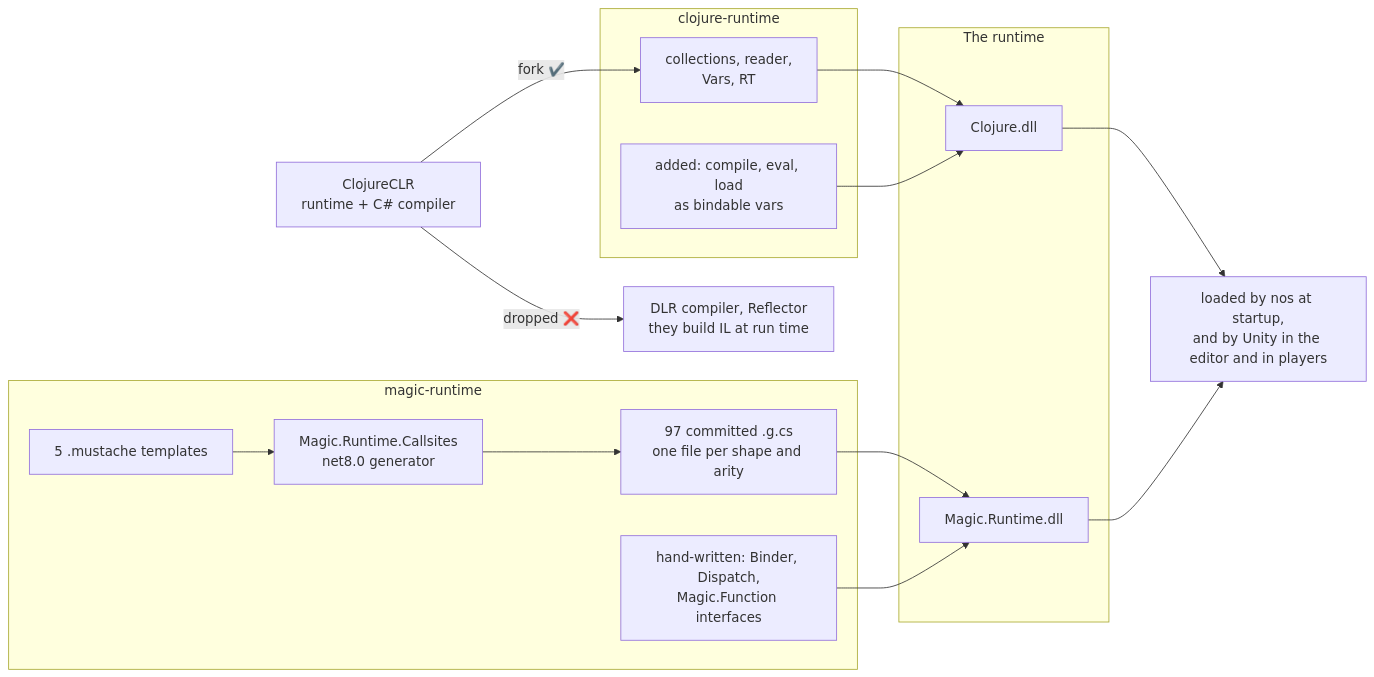
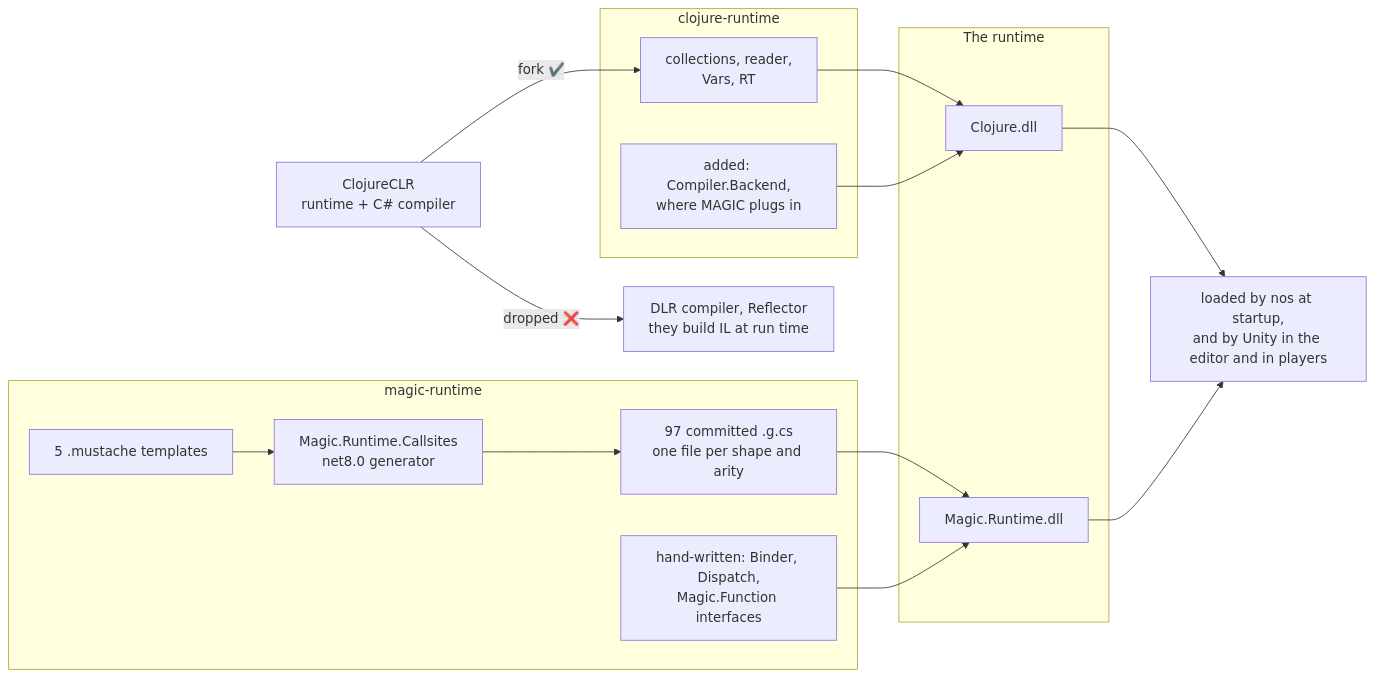
Before and after one commit to flybot-sg/magic: the second of 5 diagrams in docs/architecture.md, drawn with Mermaid. The commit also changed other lines of this file, not shown here.

Commit message:
docs(repo): describe Compiler.load as the load entry point (#239)

````diff
--- a/docs/architecture.md
+++ b/docs/architecture.md
@@ -70,34 +70,34 @@
 ```mermaid
 flowchart LR
     clr["ClojureCLR<br/>runtime + C# compiler"]
     gone["DLR compiler, Reflector<br/>they build IL at run time"]
 
     subgraph cr["clojure-runtime"]
         keep["collections, reader,<br/>Vars, RT"]
-        seam["added: compile, eval, load<br/>as bindable vars"]
+        seam["added: Compiler.Backend,<br/>where MAGIC plugs in"]
     end
 
     subgraph mr["magic-runtime"]
         hand["hand-written: Binder, Dispatch,<br/>Magic.Function interfaces"]
         tmpl["5 .mustache templates"]
         gen["Magic.Runtime.Callsites<br/>net8.0 generator"]
         gcs["97 committed .g.cs<br/>one file per shape and arity"]
     end
 
     subgraph run["The runtime"]
         cljdll["Clojure.dll"]
         magdll["Magic.Runtime.dll"]
     end
 
     clr -->|"fork ✔️"| keep
     clr -->|"dropped ❌"| gone
     keep --> cljdll
     seam --> cljdll
     tmpl --> gen --> gcs --> magdll
     hand --> magdll
 
     ship["loaded by nos at startup,<br/>and by Unity in the editor and in players"]
 
     cljdll --> ship
     magdll --> ship
 ```
````
